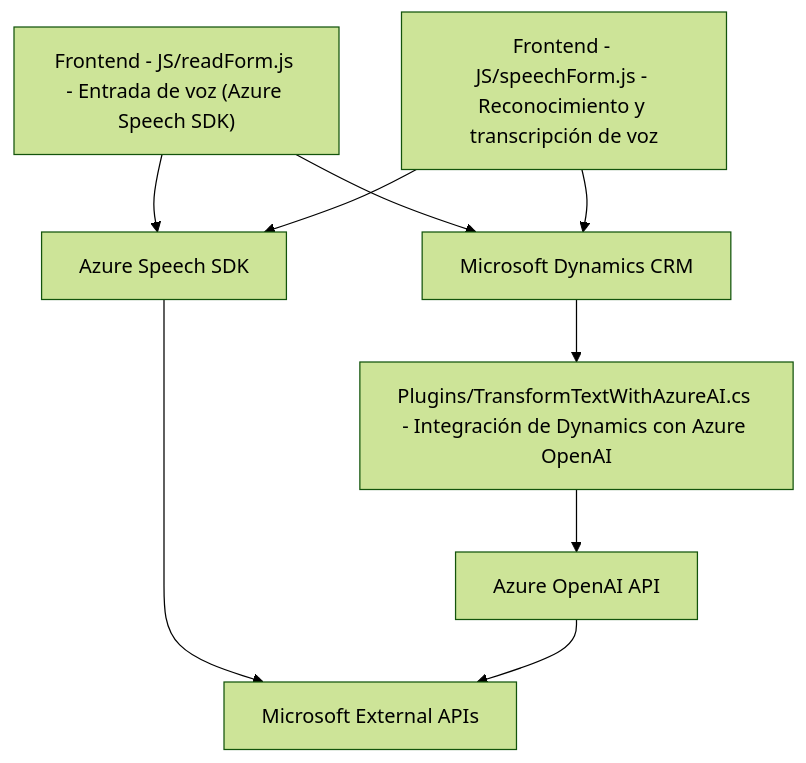
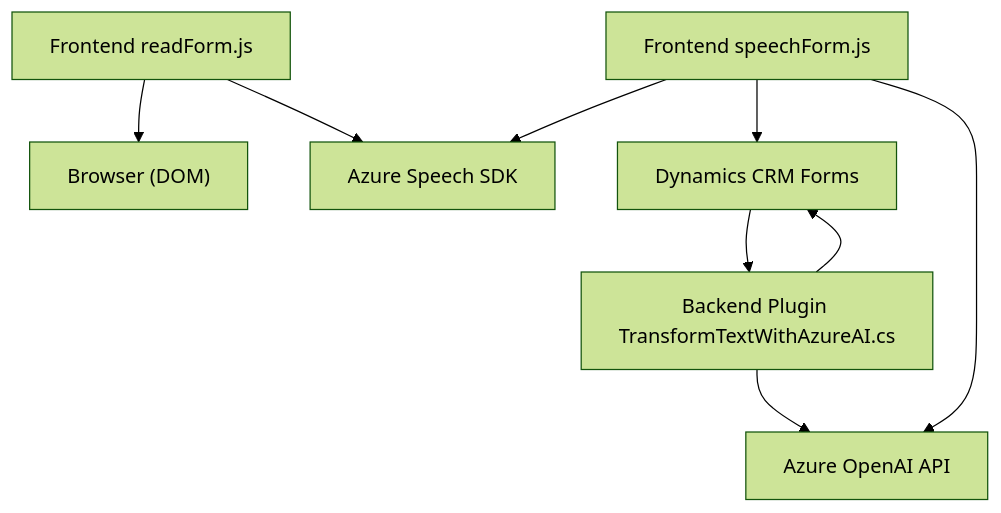
Before and after one commit to blopezdm/NETCORE_BILBAO2025: the diagram in README.md, drawn with Mermaid (forest theme). The commit also changed other lines of this file, not shown here.

Commit message:
Actualizar análisis global de la solución con IA

````diff
--- a/README.md
+++ b/README.md
@@ -50,12 +48,19 @@
 ```mermaid
 graph TD
-    A1["Frontend - JS/readForm.js - Entrada de voz (Azure Speech SDK)"] --> D1["Azure Speech SDK"]
-    A2["Frontend - JS/speechForm.js - Reconocimiento y transcripción de voz"] --> D1
-    A1 --> B1["Microsoft Dynamics CRM"]
-    A2 --> B1
-    A3["Plugins/TransformTextWithAzureAI.cs - Integración de Dynamics con Azure OpenAI"] --> C1["Azure OpenAI API"]
-    B1 --> A3
-    sub["Microsoft External APIs"]
-    D1 --> sub
-    C1 --> sub
+    A["Frontend readForm.js"]
+    B["Frontend speechForm.js"]
+    C["Backend Plugin TransformTextWithAzureAI.cs"]
+    D["Azure Speech SDK"]
+    E["Azure OpenAI API"]
+    F["Dynamics CRM Forms"]
+    G["Browser (DOM)"]
+
+    A --> G
+    A --> D
+    B --> D
+    B --> F
+    B --> E
+    C --> F
+    C --> E
+    F --> C
 ```
````
